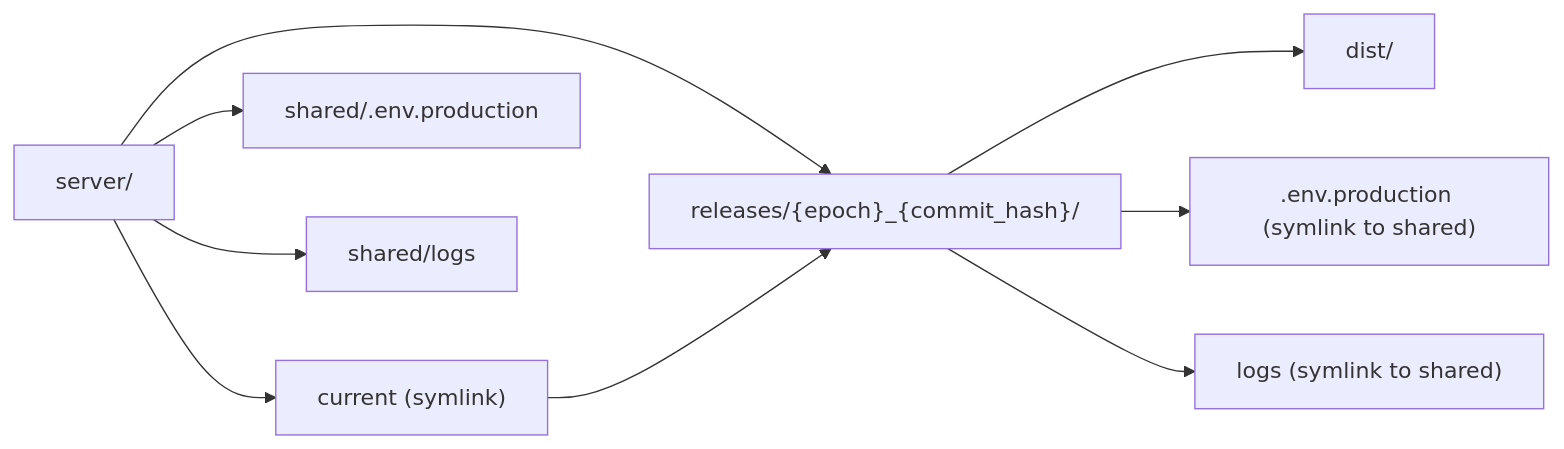
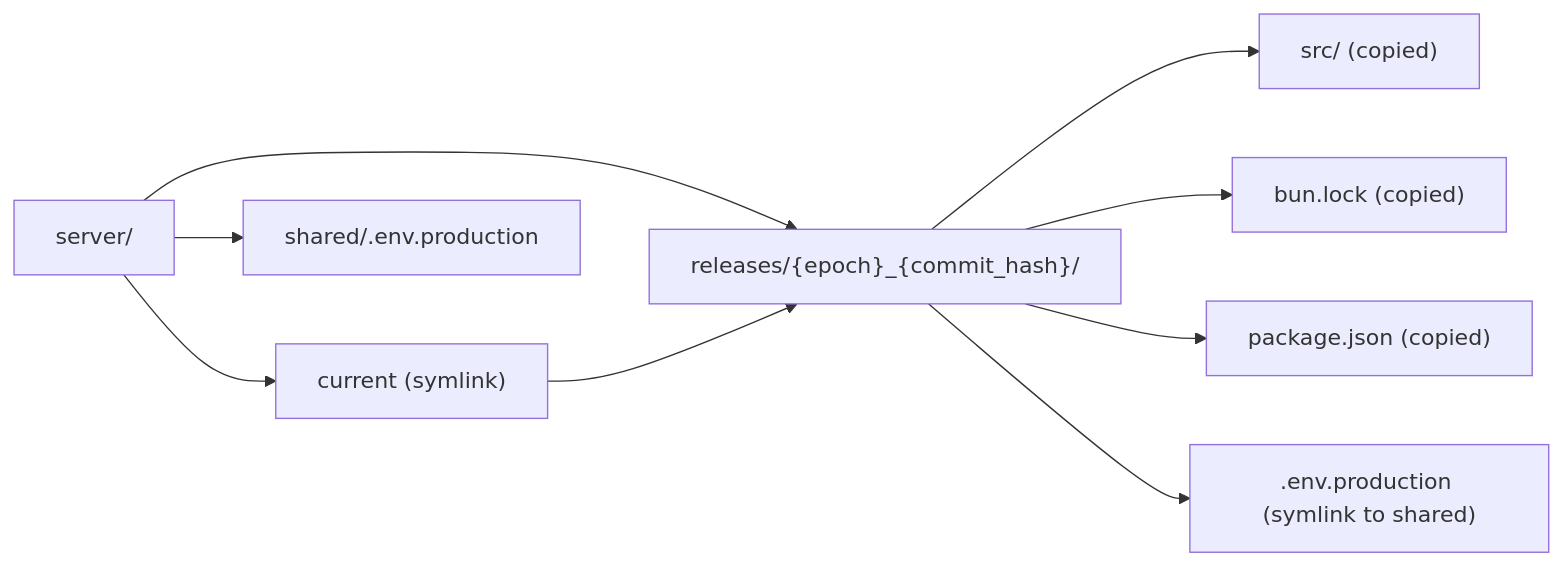
Before and after one commit to IamDevTrivedi/Trimium: the fourth of 6 diagrams in docs/architecture/CI_CD_PIPELINE_ARCHITECTURE.md, drawn with Mermaid. The commit also changed other lines of this file and 69 other files, not shown here.

````diff
--- a/docs/architecture/CI_CD_PIPELINE_ARCHITECTURE.md
+++ b/docs/architecture/CI_CD_PIPELINE_ARCHITECTURE.md
@@ -327,13 +330,13 @@
 ```mermaid
 flowchart LR
     A["server/"] --> B["releases/{epoch}_{commit_hash}/"]
     A --> C["current (symlink)"]
     A --> D["shared/.env.production"]
-    A --> E["shared/logs"]
 
-    B --> F["dist/"]
-    B --> G[".env.production (symlink to shared)"]
-    B --> H["logs (symlink to shared)"]
+    B --> E["src/ (copied)"]
+    B --> F["bun.lock (copied)"]
+    B --> G["package.json (copied)"]
+    B --> H[".env.production (symlink to shared)"]
 
     C --> B
 ```
````
